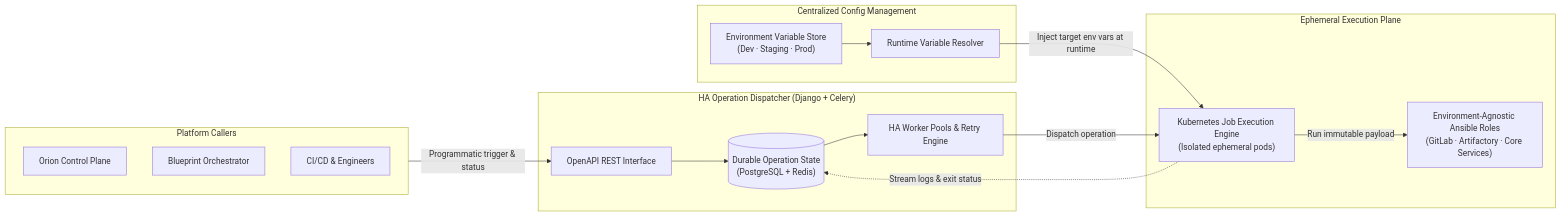
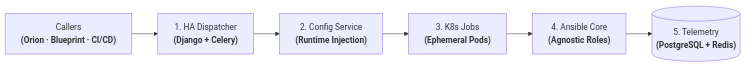
The diagram in docs/projects/dispatcher-migration.md (oredondo/oredondo.github.io), drawn with Mermaid before and after one commit. The commit also changed other lines of this file and 5 other files, not shown here.

Commit message:
refactor(projects): replace all cluttered subgraphs with clean linear pipeline flowcharts and structured execution tables across all case studies

````diff
--- a/docs/projects/dispatcher-migration.md
+++ b/docs/projects/dispatcher-migration.md
@@ -39,32 +39,8 @@
 ```mermaid
 flowchart LR
-    subgraph Callers["Platform Callers"]
-        Orion["Orion Control Plane"]
-        BP["Blueprint Orchestrator"]
-        Engineers["CI/CD & Engineers"]
-    end
-
-    subgraph Dispatcher["HA Operation Dispatcher (Django + Celery)"]
-        API["OpenAPI REST Interface"]
-        State[("Durable Operation State<br/>(PostgreSQL + Redis)")]
-        Sched["HA Worker Pools & Retry Engine"]
-        API --> State --> Sched
-    end
-
-    subgraph Config["Centralized Config Management"]
-        VarStore["Environment Variable Store<br/>(Dev · Staging · Prod)"]
-        Injector["Runtime Variable Resolver"]
-        VarStore --> Injector
-    end
-
-    subgraph Execution["Ephemeral Execution Plane"]
-        K8s["Kubernetes Job Execution Engine<br/>(Isolated ephemeral pods)"]
-        Ansible["Environment-Agnostic Ansible Roles<br/>(GitLab · Artifactory · Core Services)"]
-    end
-
-    Callers -->|"Programmatic trigger & status"| API
-    Sched -->|"Dispatch operation"| K8s
-    Injector -->|"Inject target env vars at runtime"| K8s
-    K8s -->|"Run immutable payload"| Ansible
-    K8s -.->|"Stream logs & exit status"| State
+    Callers["Callers<br/><b>(Orion · Blueprint · CI/CD)</b>"] --> Disp["1. HA Dispatcher<br/><b>(Django + Celery)</b>"]
+    Disp --> Config["2. Config Service<br/><b>(Runtime Injection)</b>"]
+    Config --> K8s["3. K8s Jobs<br/><b>(Ephemeral Pods)</b>"]
+    K8s --> Playbook["4. Ansible Core<br/><b>(Agnostic Roles)</b>"]
+    Playbook --> State[("5. Telemetry<br/><b>(PostgreSQL + Redis)</b>")]
 ```
````
